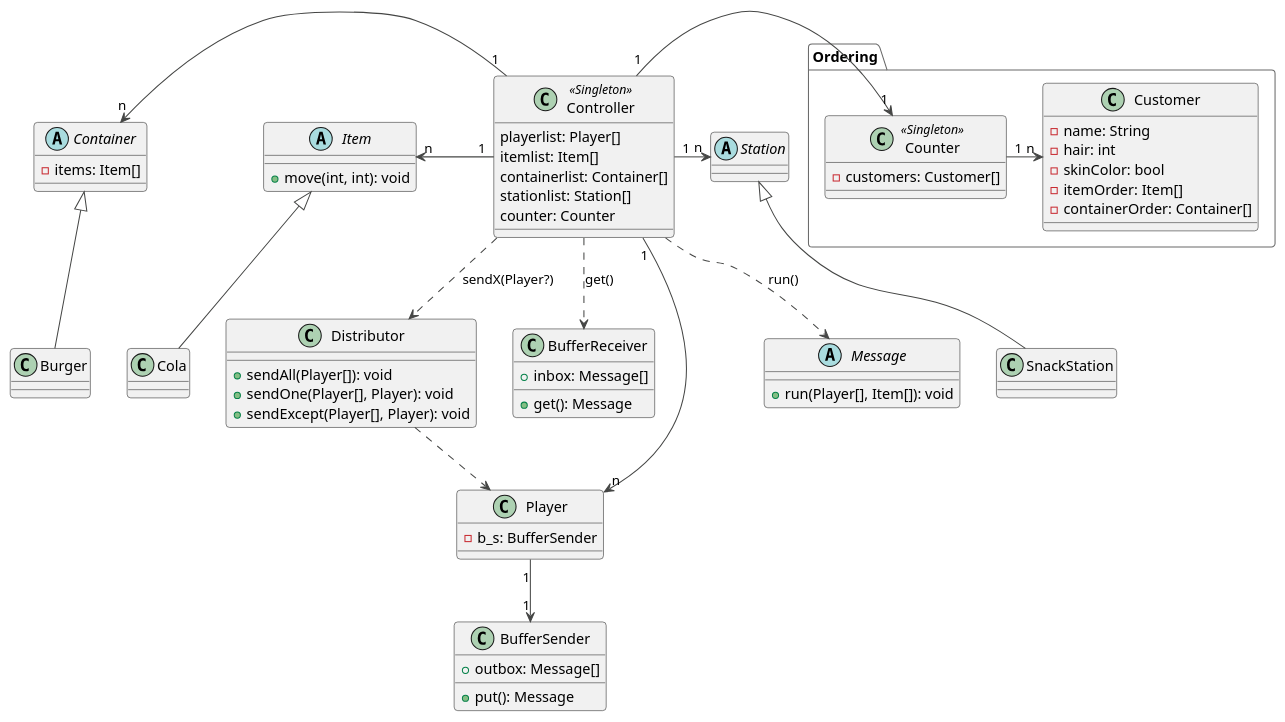
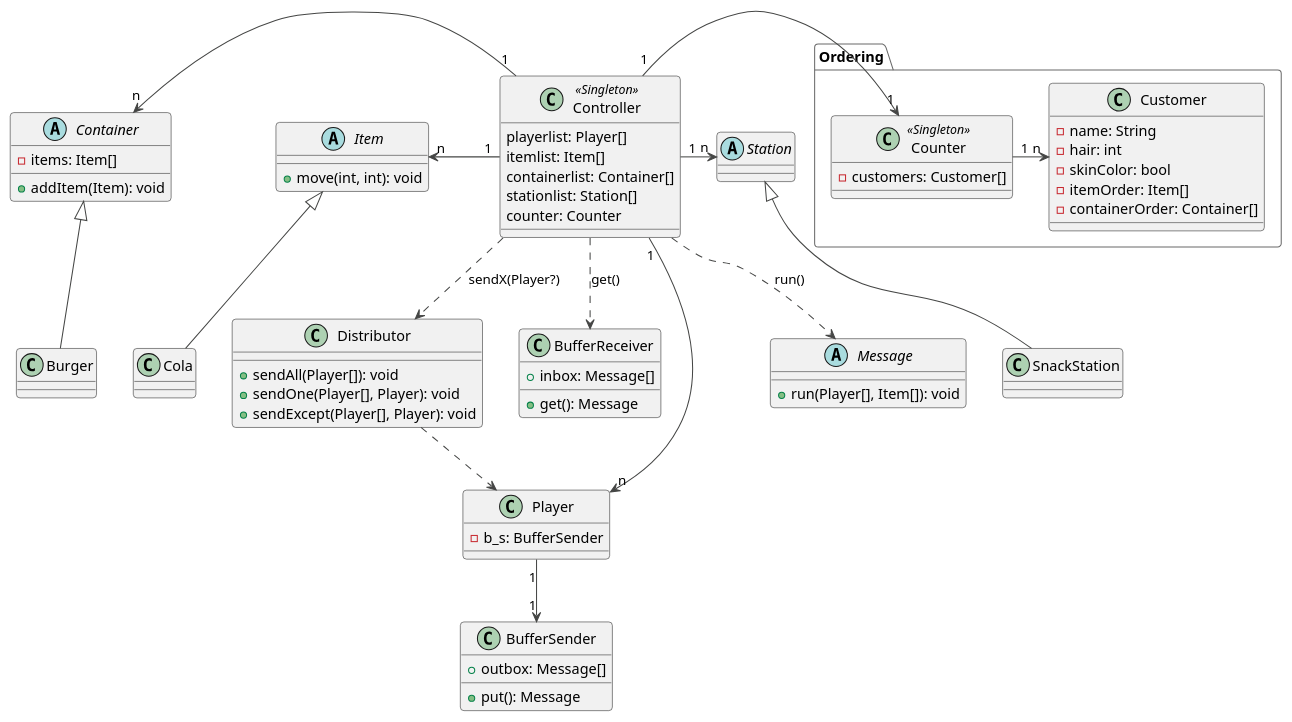
The diagram in Server/architecture.puml (Ballmaid/UnderWaterRestaurantGame), drawn with PlantUML before and after one commit. The commit also changed 13 other files, not shown here.

```diff
--- a/Server/architecture.puml
+++ b/Server/architecture.puml
@@ -1,69 +1,70 @@
 @startuml
 !theme vibrant
 
 class BufferReceiver{
     + inbox: Message[]
     + get(): Message
 }
 
 class BufferSender{
     + outbox: Message[]
     + put(): Message
 }
 Player "1" --> "1" BufferSender
 
 abstract class Message{
     + run(Player[], Item[]): void
 }
 
 class Controller << Singleton >>{
     playerlist: Player[]
     itemlist: Item[]
     containerlist: Container[]
     stationlist: Station[]
     counter: Counter
 }
 Controller "1" --> "n" Player
 Controller "1" -l-> "n" Item
 Controller "1" -l-> "n" Container
 Controller "1" -r-> "n" Station
 Controller "1" -l-> "1" Ordering.Counter
 Controller ..> Message: run()
 class Distributor{
     + sendAll(Player[]): void
     + sendOne(Player[], Player): void
     + sendExcept(Player[], Player): void
 }
 Controller ..> BufferReceiver: get()
 Controller ..> Distributor: sendX(Player?)
 Distributor ..> Player
 abstract class Item{
     + move(int, int): void
 }
 abstract class Container{
     - items: Item[]
+    + addItem(Item): void
 }
 class Cola extends Item
 class Burger extends Container
 
 class Player{
     - b_s: BufferSender
 }
 
 abstract class Station
 class SnackStation extends Station
 package "Ordering"{
     class Counter << Singleton >>{
         - customers: Customer[]
     }
     class Customer{
         - name: String
         - hair: int
         - skinColor: bool
         - itemOrder: Item[]
         - containerOrder: Container[]
     }
     Counter "1" -r-> "n" Customer
 }
 
 @enduml
```
